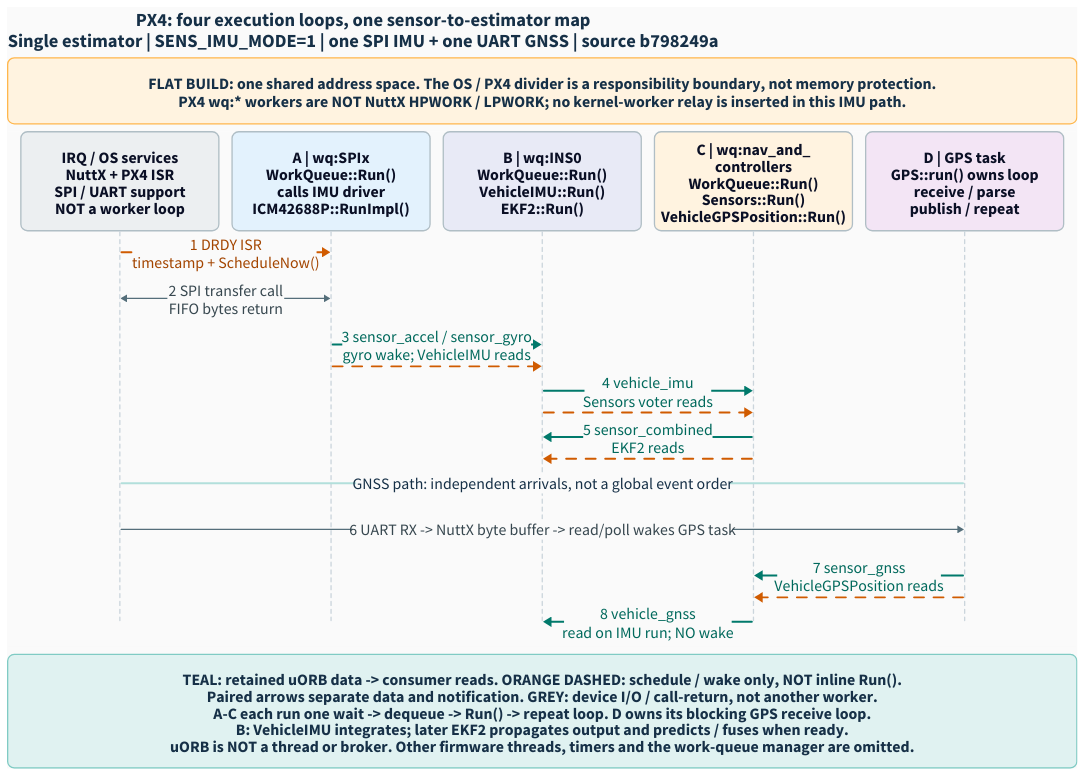
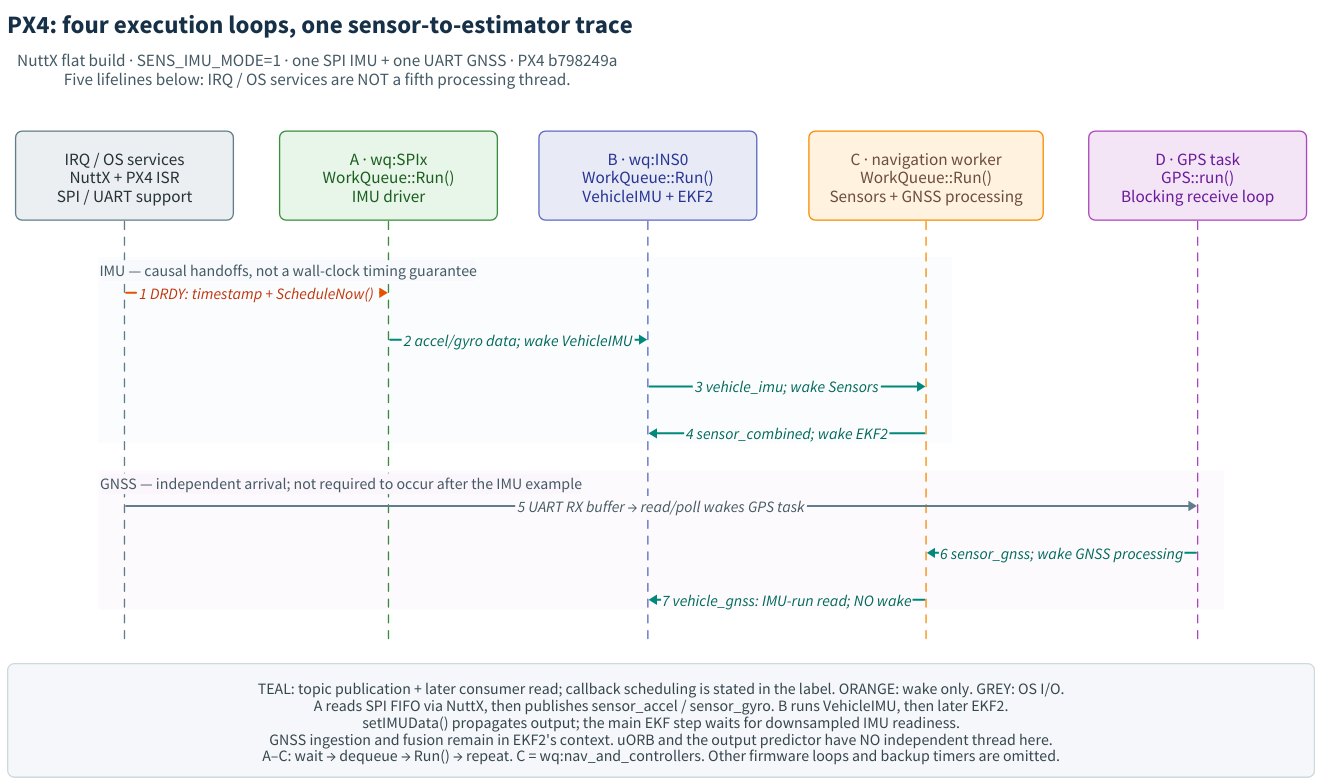
Before and after one commit to yongkyuns/EmbeddedRust: the diagram in docs/references/px4/diagrams/execution-map.d2, drawn with D2. The commit also changed 6 other files, not shown here.

```diff
--- a/docs/references/px4/diagrams/execution-map.d2
+++ b/docs/references/px4/diagrams/execution-map.d2
@@ -1,125 +1,46 @@
-# PX4 single-estimator execution map, authored entirely in D2.
-# Source snapshot: b798249a61af32c355d95decd2805a6ab4e9d9f1.
-# NuttX flat build, SENS_IMU_MODE=1, one SPI IMU and one UART GNSS.
-# A compact grid keeps the four loop columns aligned; invisible anchor cells
-# route straight connections without an embedded image or hand-edited SVG.
-# IMU and GNSS paths are independent, not a single global event ordering.
-vars: {d2-config: {layout-engine: elk; theme-id: 0}}
-grid-rows: 4
-vertical-gap: 12
-style: {fill: "#FAFAFA"; font-size: 24}
+# PX4 b798249a; NuttX flat build; SENS_IMU_MODE=1. Not a firmware timing trace.
+# Wiring rule: regular ELK graphs inside each row, never cross-grid connections.
+vars: { d2-config: { layout-engine: elk; theme-id: 0 } }
+grid-columns: 1
+vertical-gap: 14
+style.fill: "#FFFFFF"
 classes: {
-  data: {style: {stroke: "#00796B"; font-color: "#00695C"; stroke-width: 3; font-size: 24; italic: false}}
-  wake: {style: {stroke: "#D05B00"; font-color: "#A34500"; stroke-dash: 5; stroke-width: 3; font-size: 24; italic: false}}
-  device: {style: {stroke: "#546E7A"; font-color: "#37474F"; stroke-width: 2; font-size: 24; italic: false}}
-  actor: {width: 300; height: 150; style: {fill: "#E3F2FD"; stroke: "#B0BEC5"; border-radius: 10; font-size: 24}}
-  slot: {width: 300; height: 70; style.opacity: 0}
-  point: {width: 1; height: 1; style.opacity: 0}
+  plain: { style: { fill: "transparent"; stroke: "transparent" } }
+  hw: { style: { fill: "#ECEFF1"; stroke: "#607D8B"; font-color: "#263238"; border-radius: 10; font-size: 26; bold: false } }
+  a: { style: { fill: "#E8F5E9"; stroke: "#388E3C"; font-color: "#1B5E20"; border-radius: 10; font-size: 26; bold: false } }
+  b: { style: { fill: "#E8EAF6"; stroke: "#5C6BC0"; font-color: "#283593"; border-radius: 10; font-size: 26; bold: false } }
+  c: { style: { fill: "#FFF3E0"; stroke: "#FB8C00"; font-color: "#6D4C41"; border-radius: 10; font-size: 26; bold: false } }
+  d: { style: { fill: "#F3E5F5"; stroke: "#AB47BC"; font-color: "#6A1B9A"; border-radius: 10; font-size: 26; bold: false } }
+  e: { style: { fill: "#E3F2FD"; stroke: "#1E88E5"; font-color: "#0D47A1"; border-radius: 10; font-size: 26; bold: false } }
+  topic: { style: { fill: "#E0F2F1"; stroke: "#00897B"; font-color: "#004D40"; border-radius: 10; font-size: 26; bold: false } }
+  data: { style: { stroke: "#00897B"; font-color: "#00695C"; stroke-width: 3; font-size: 24 } }
+  wake: { style: { stroke: "#E65100"; font-color: "#BF360C"; stroke-dash: 5; stroke-width: 3; font-size: 24 } }
+  io: { style: { stroke: "#607D8B"; font-color: "#455A64"; stroke-width: 3; font-size: 24 } }
+  call: { style: { stroke: "#5C6BC0"; font-color: "#3949AB"; stroke-width: 2; font-size: 24 } }
 }
-title: "PX4: four execution loops, one sensor-to-estimator map\nSingle estimator | SENS_IMU_MODE=1 | one SPI IMU + one UART GNSS | source b798249a" {
-  shape: text
-  style: {font-size: 28; bold: true; font-color: "#163047"}
+
+title: "PX4: four execution loops, one sensor-to-estimator trace" { shape: text; style: {font-size: 38;bold: true;font-color: "#163047"} }
+scope: "NuttX flat build · SENS_IMU_MODE=1 · one SPI IMU + one UART GNSS · PX4 b798249a\nFive lifelines below: IRQ / OS services are NOT a fifth processing thread." {shape: text;style: {font-size: 26;font-color: "#455A64"}}
+trace: "" {
+ shape: sequence_diagram
+ class: plain
+ os: "IRQ / OS services\nNuttX + PX4 ISR\nSPI / UART support" {class: hw;width: 330;height: 135}
+ a: "A · wq:SPIx\nWorkQueue::Run()\nIMU driver" {class: a;width: 330;height: 135}
+ b: "B · wq:INS0\nWorkQueue::Run()\nVehicleIMU + EKF2" {class: b;width: 330;height: 135}
+ c: "C · navigation worker\nWorkQueue::Run()\nSensors + GNSS processing" {class: c;width: 355;height: 135}
+ d: "D · GPS task\nGPS::run()\nBlocking receive loop" {class: d;width: 330;height: 135}
+ imu: "IMU — causal handoffs, not a wall-clock timing guarantee" {
+  style: {fill: "#F7F9FD";stroke: "#CFD8DC";font-color: "#455A64";font-size: 24}
+  os -> a: "1  DRDY: timestamp + ScheduleNow()" {class: wake}
+  a -> b: "2  accel/gyro data; wake VehicleIMU" {class: data}
+  b -> c: "3  vehicle_imu; wake Sensors" {class: data}
+  c -> b: "4  sensor_combined; wake EKF2" {class: data}
+ }
+ gnss: "GNSS — independent arrival; not required to occur after the IMU example" {
+  style: {fill: "#FBF6FC";stroke: "#CFD8DC";font-color: "#455A64";font-size: 24}
+  os -> d: "5  UART RX buffer → read/poll wakes GPS task" {class: io}
+  d -> c: "6  sensor_gnss; wake GNSS processing" {class: data}
+  c -> b: "7  vehicle_gnss: IMU-run read; NO wake" {class: data}
+ }
 }
-boundary: "FLAT BUILD: one shared address space. The OS / PX4 divider is a responsibility boundary, not memory protection.\nPX4 wq:* workers are NOT NuttX HPWORK / LPWORK; no kernel-worker relay is inserted in this IMU path." {
-  style: {fill: "#FFF3E0"; stroke: "#FFB74D"; border-radius: 10; font-size: 24; font-color: "#163047"}
-}
-map: "" {
-  grid-rows: 10
-  grid-columns: 5
-  horizontal-gap: 20
-  vertical-gap: 0
-  style: {fill: "#FAFAFA"; stroke-width: 0}
-  os: "IRQ / OS services\nNuttX + PX4 ISR\nSPI / UART support\nNOT a worker loop" {class: actor; style.fill: "#ECEFF1"}
-  spi: "A | wq:SPIx\nWorkQueue::Run()\ncalls IMU driver\nICM42688P::RunImpl()" {class: actor; style.fill: "#E3F2FD"}
-  ins: "B | wq:INS0\nWorkQueue::Run()\nVehicleIMU::Run()\nEKF2::Run()" {class: actor; style.fill: "#E8EAF6"}
-  nav: "C | wq:nav_and_\ncontrollers\nWorkQueue::Run()\nSensors::Run()\nVehicleGPSPosition::Run()" {class: actor; style.fill: "#FFF3E0"}
-  gps: "D | GPS task\nGPS::run() owns loop\nreceive / parse\npublish / repeat" {class: actor; style.fill: "#F3E5F5"}
-
-  # drdy: OS | SPI worker | INS0 worker | navigation worker | GPS task
-  drdy_os: "" {class: slot; grid-rows: 2; grid-gap: 32; p: "" {class: point}; wake: "" {class: point}}
-  drdy_spi: "" {class: slot; grid-rows: 2; grid-gap: 32; p: "" {class: point}; wake: "" {class: point}}
-  drdy_ins: "" {class: slot; grid-rows: 2; grid-gap: 32; p: "" {class: point}; wake: "" {class: point}}
-  drdy_nav: "" {class: slot; grid-rows: 2; grid-gap: 32; p: "" {class: point}; wake: "" {class: point}}
-  drdy_gps: "" {class: slot; grid-rows: 2; grid-gap: 32; p: "" {class: point}; wake: "" {class: point}}
-
-  # spi_io: OS | SPI worker | INS0 worker | navigation worker | GPS task
-  spi_io_os: "" {class: slot; grid-rows: 2; grid-gap: 32; p: "" {class: point}; wake: "" {class: point}}
-  spi_io_spi: "" {class: slot; grid-rows: 2; grid-gap: 32; p: "" {class: point}; wake: "" {class: point}}
-  spi_io_ins: "" {class: slot; grid-rows: 2; grid-gap: 32; p: "" {class: point}; wake: "" {class: point}}
-  spi_io_nav: "" {class: slot; grid-rows: 2; grid-gap: 32; p: "" {class: point}; wake: "" {class: point}}
-  spi_io_gps: "" {class: slot; grid-rows: 2; grid-gap: 32; p: "" {class: point}; wake: "" {class: point}}
-
-  # raw: OS | SPI worker | INS0 worker | navigation worker | GPS task
-  raw_os: "" {class: slot; grid-rows: 2; grid-gap: 32; p: "" {class: point}; wake: "" {class: point}}
-  raw_spi: "" {class: slot; grid-rows: 2; grid-gap: 32; p: "" {class: point}; wake: "" {class: point}}
-  raw_ins: "" {class: slot; grid-rows: 2; grid-gap: 32; p: "" {class: point}; wake: "" {class: point}}
-  raw_nav: "" {class: slot; grid-rows: 2; grid-gap: 32; p: "" {class: point}; wake: "" {class: point}}
-  raw_gps: "" {class: slot; grid-rows: 2; grid-gap: 32; p: "" {class: point}; wake: "" {class: point}}
-
-  # integrated: OS | SPI worker | INS0 worker | navigation worker | GPS task
-  integrated_os: "" {class: slot; grid-rows: 2; grid-gap: 32; p: "" {class: point}; wake: "" {class: point}}
-  integrated_spi: "" {class: slot; grid-rows: 2; grid-gap: 32; p: "" {class: point}; wake: "" {class: point}}
-  integrated_ins: "" {class: slot; grid-rows: 2; grid-gap: 32; p: "" {class: point}; wake: "" {class: point}}
-  integrated_nav: "" {class: slot; grid-rows: 2; grid-gap: 32; p: "" {class: point}; wake: "" {class: point}}
-  integrated_gps: "" {class: slot; grid-rows: 2; grid-gap: 32; p: "" {class: point}; wake: "" {class: point}}
-
-  # selected: OS | SPI worker | INS0 worker | navigation worker | GPS task
-  selected_os: "" {class: slot; grid-rows: 2; grid-gap: 32; p: "" {class: point}; wake: "" {class: point}}
-  selected_spi: "" {class: slot; grid-rows: 2; grid-gap: 32; p: "" {class: point}; wake: "" {class: point}}
-  selected_ins: "" {class: slot; grid-rows: 2; grid-gap: 32; p: "" {class: point}; wake: "" {class: point}}
-  selected_nav: "" {class: slot; grid-rows: 2; grid-gap: 32; p: "" {class: point}; wake: "" {class: point}}
-  selected_gps: "" {class: slot; grid-rows: 2; grid-gap: 32; p: "" {class: point}; wake: "" {class: point}}
-
-  # split: OS | SPI worker | INS0 worker | navigation worker | GPS task
-  split_os: "" {class: slot; grid-rows: 2; grid-gap: 32; p: "" {class: point}; wake: "" {class: point}}
-  split_spi: "" {class: slot; grid-rows: 2; grid-gap: 32; p: "" {class: point}; wake: "" {class: point}}
-  split_ins: "" {class: slot; grid-rows: 2; grid-gap: 32; p: "" {class: point}; wake: "" {class: point}}
-  split_nav: "" {class: slot; grid-rows: 2; grid-gap: 32; p: "" {class: point}; wake: "" {class: point}}
-  split_gps: "" {class: slot; grid-rows: 2; grid-gap: 32; p: "" {class: point}; wake: "" {class: point}}
-
-  # uart: OS | SPI worker | INS0 worker | navigation worker | GPS task
-  uart_os: "" {class: slot; grid-rows: 2; grid-gap: 32; p: "" {class: point}; wake: "" {class: point}}
-  uart_spi: "" {class: slot; grid-rows: 2; grid-gap: 32; p: "" {class: point}; wake: "" {class: point}}
-  uart_ins: "" {class: slot; grid-rows: 2; grid-gap: 32; p: "" {class: point}; wake: "" {class: point}}
-  uart_nav: "" {class: slot; grid-rows: 2; grid-gap: 32; p: "" {class: point}; wake: "" {class: point}}
-  uart_gps: "" {class: slot; grid-rows: 2; grid-gap: 32; p: "" {class: point}; wake: "" {class: point}}
-
-  # gnss_raw: OS | SPI worker | INS0 worker | navigation worker | GPS task
-  gnss_raw_os: "" {class: slot; grid-rows: 2; grid-gap: 32; p: "" {class: point}; wake: "" {class: point}}
-  gnss_raw_spi: "" {class: slot; grid-rows: 2; grid-gap: 32; p: "" {class: point}; wake: "" {class: point}}
-  gnss_raw_ins: "" {class: slot; grid-rows: 2; grid-gap: 32; p: "" {class: point}; wake: "" {class: point}}
-  gnss_raw_nav: "" {class: slot; grid-rows: 2; grid-gap: 32; p: "" {class: point}; wake: "" {class: point}}
-  gnss_raw_gps: "" {class: slot; grid-rows: 2; grid-gap: 32; p: "" {class: point}; wake: "" {class: point}}
-
-  # gnss_selected: OS | SPI worker | INS0 worker | navigation worker | GPS task
-  gnss_selected_os: "" {class: slot; grid-rows: 2; grid-gap: 32; p: "" {class: point}; wake: "" {class: point}}
-  gnss_selected_spi: "" {class: slot; grid-rows: 2; grid-gap: 32; p: "" {class: point}; wake: "" {class: point}}
-  gnss_selected_ins: "" {class: slot; grid-rows: 2; grid-gap: 32; p: "" {class: point}; wake: "" {class: point}}
-  gnss_selected_nav: "" {class: slot; grid-rows: 2; grid-gap: 32; p: "" {class: point}; wake: "" {class: point}}
-  gnss_selected_gps: "" {class: slot; grid-rows: 2; grid-gap: 32; p: "" {class: point}; wake: "" {class: point}}
-  os -- gnss_selected_os.p: {style: {stroke: "#CBD5DC"; stroke-dash: 3; stroke-width: 2}}
-  spi -- gnss_selected_spi.p: {style: {stroke: "#CBD5DC"; stroke-dash: 3; stroke-width: 2}}
-  ins -- gnss_selected_ins.p: {style: {stroke: "#CBD5DC"; stroke-dash: 3; stroke-width: 2}}
-  nav -- gnss_selected_nav.p: {style: {stroke: "#CBD5DC"; stroke-dash: 3; stroke-width: 2}}
-  gps -- gnss_selected_gps.p: {style: {stroke: "#CBD5DC"; stroke-dash: 3; stroke-width: 2}}
-  # The vertical divider is logical ONLY; it does not depict an MPU/syscall boundary.
-  # Transfer arrows summarize the call/return on the SAME bus-worker stack.
-  drdy_os.p -> drdy_spi.p: "1  DRDY ISR\ntimestamp + ScheduleNow()" {class: wake}
-  spi_io_spi.p <-> spi_io_os.p: "2  SPI transfer call\nFIFO bytes return" {class: device}
-  raw_spi.p -> raw_ins.p: "3  sensor_accel / sensor_gyro\ngyro wake; VehicleIMU reads" {class: data}
-  raw_spi.wake -> raw_ins.wake: {class: wake}
-  integrated_ins.p -> integrated_nav.p: "4  vehicle_imu\nSensors voter reads" {class: data}
-  integrated_ins.wake -> integrated_nav.wake: {class: wake}
-  selected_nav.p -> selected_ins.p: "5  sensor_combined\nEKF2 reads" {class: data}
-  selected_nav.wake -> selected_ins.wake: {class: wake}
-  split_os.p -- split_gps.p: "GNSS path: independent arrivals, not a global event order" {
-    style: {stroke: "#B2DFDB"; stroke-width: 3; font-color: "#163047"; font-size: 24; italic: false}
-  }
-  uart_os.p -> uart_gps.p: "6  UART RX -> NuttX byte buffer -> read/poll wakes GPS task" {class: device}
-  gnss_raw_gps.p -> gnss_raw_nav.p: "7  sensor_gnss\nVehicleGPSPosition reads" {class: data}
-  gnss_raw_gps.wake -> gnss_raw_nav.wake: {class: wake}
-  gnss_selected_nav.p -> gnss_selected_ins.p: "8  vehicle_gnss\nread on IMU run; NO wake" {class: data}
-}
-legend: "TEAL: retained uORB data -> consumer reads. ORANGE DASHED: schedule / wake only, NOT inline Run().\nPaired arrows separate data and notification. GREY: device I/O / call-return, not another worker.\nA-C each run one wait -> dequeue -> Run() -> repeat loop. D owns its blocking GPS receive loop.\nB: VehicleIMU integrates; later EKF2 propagates output and predicts / fuses when ready.\nuORB is NOT a thread or broker. Other firmware threads, timers and the work-queue manager are omitted." {
-  style: {fill: "#E0F2F1"; stroke: "#80CBC4"; border-radius: 10; font-size: 24; font-color: "#163047"}
-}
+notes: "TEAL: topic publication + later consumer read; callback scheduling is stated in the label. ORANGE: wake only. GREY: OS I/O.\nA reads SPI FIFO via NuttX, then publishes sensor_accel / sensor_gyro. B runs VehicleIMU, then later EKF2.\nsetIMUData() propagates output; the main EKF step waits for downsampled IMU readiness.\nGNSS ingestion and fusion remain in EKF2's context. uORB and the output predictor have NO independent thread here.\nA–C: wait → dequeue → Run() → repeat. C = wq:nav_and_controllers. Other firmware loops and backup timers are omitted." {style: {fill: "#F5F7FA";stroke: "#CFD8DC";font-size: 24;font-color: "#37474F";bold: false;border-radius: 10}}
```
